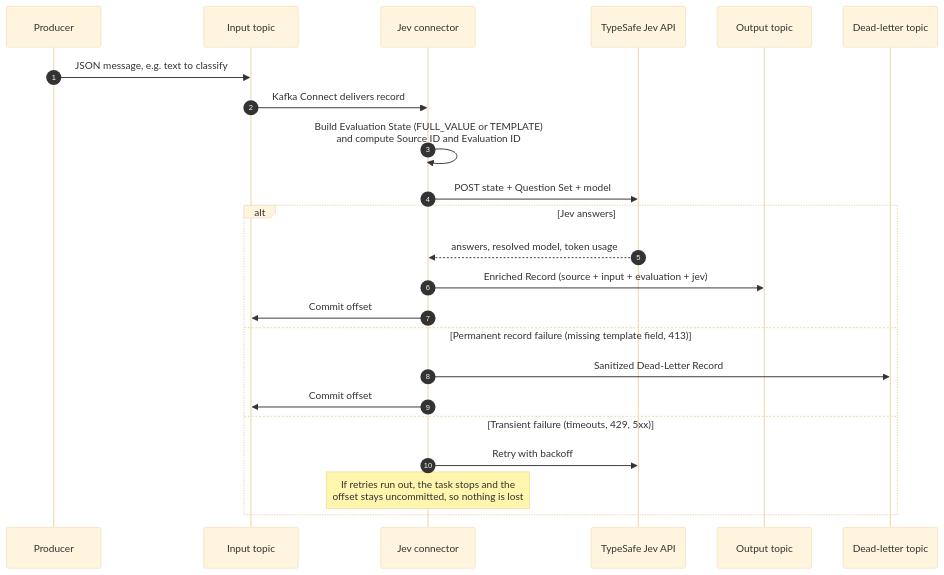
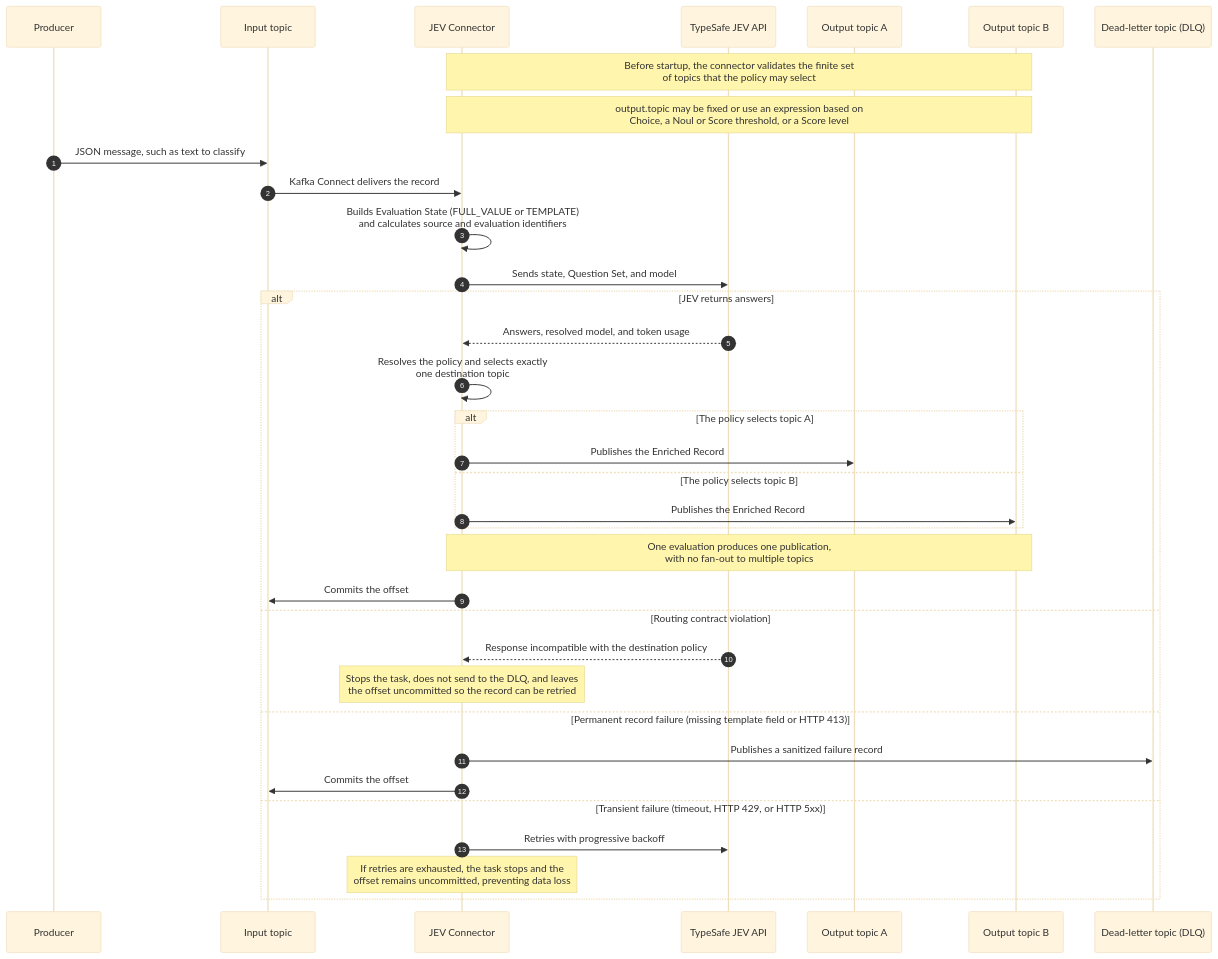
Before and after one commit to smatiolids/kafka-jev-connector: the diagram in README.md, drawn with Mermaid (base theme). The commit also changed other lines of this file, not shown here.

````diff
--- a/README.md
+++ b/README.md
@@ -30,26 +30,38 @@
 ```mermaid
 sequenceDiagram
     autonumber
     participant P as Producer
     participant IN as Input topic
-    participant C as Jev connector
-    participant J as TypeSafe Jev API
-    participant OUT as Output topic
-    participant DLQ as Dead-letter topic
+    participant C as JEV Connector
+    participant J as TypeSafe JEV API
+    participant OUT_A as Output topic A
+    participant OUT_B as Output topic B
+    participant DLQ as Dead-letter topic (DLQ)
 
-    P->>IN: JSON message, e.g. text to classify
-    IN->>C: Kafka Connect delivers record
-    C->>C: Build Evaluation State (FULL_VALUE or TEMPLATE)<br/>and compute Source ID and Evaluation ID
-    C->>J: POST state + Question Set + model
-    alt Jev answers
-        J-->>C: answers, resolved model, token usage
-        C->>OUT: Enriched Record (source + input + evaluation + jev)
-        C->>IN: Commit offset
-    else Permanent record failure (missing template field, 413)
-        C->>DLQ: Sanitized Dead-Letter Record
-        C->>IN: Commit offset
-    else Transient failure (timeouts, 429, 5xx)
-        C->>J: Retry with backoff
-        Note over C: If retries run out, the task stops and the<br/>offset stays uncommitted, so nothing is lost
+    Note over C,OUT_B: Before startup, the connector validates the finite set<br/>of topics that the policy may select
+    Note over C,OUT_B: output.topic may be fixed or use an expression based on<br/>Choice, a Noul or Score threshold, or a Score level
+    P->>IN: JSON message, such as text to classify
+    IN->>C: Kafka Connect delivers the record
+    C->>C: Builds Evaluation State (FULL_VALUE or TEMPLATE)<br/>and calculates source and evaluation identifiers
+    C->>J: Sends state, Question Set, and model
+    alt JEV returns answers
+        J-->>C: Answers, resolved model, and token usage
+        C->>C: Resolves the policy and selects exactly<br/>one destination topic
+        alt The policy selects topic A
+            C->>OUT_A: Publishes the Enriched Record
+        else The policy selects topic B
+            C->>OUT_B: Publishes the Enriched Record
+        end
+        Note over C,OUT_B: One evaluation produces one publication,<br/>with no fan-out to multiple topics
+        C->>IN: Commits the offset
+    else Routing contract violation
+        J-->>C: Response incompatible with the destination policy
+        Note over C: Stops the task, does not send to the DLQ, and leaves<br/>the offset uncommitted so the record can be retried
+    else Permanent record failure (missing template field or HTTP 413)
+        C->>DLQ: Publishes a sanitized failure record
+        C->>IN: Commits the offset
+    else Transient failure (timeout, HTTP 429, or HTTP 5xx)
+        C->>J: Retries with progressive backoff
+        Note over C: If retries are exhausted, the task stops and the<br/>offset remains uncommitted, preventing data loss
     end
 ```
````
